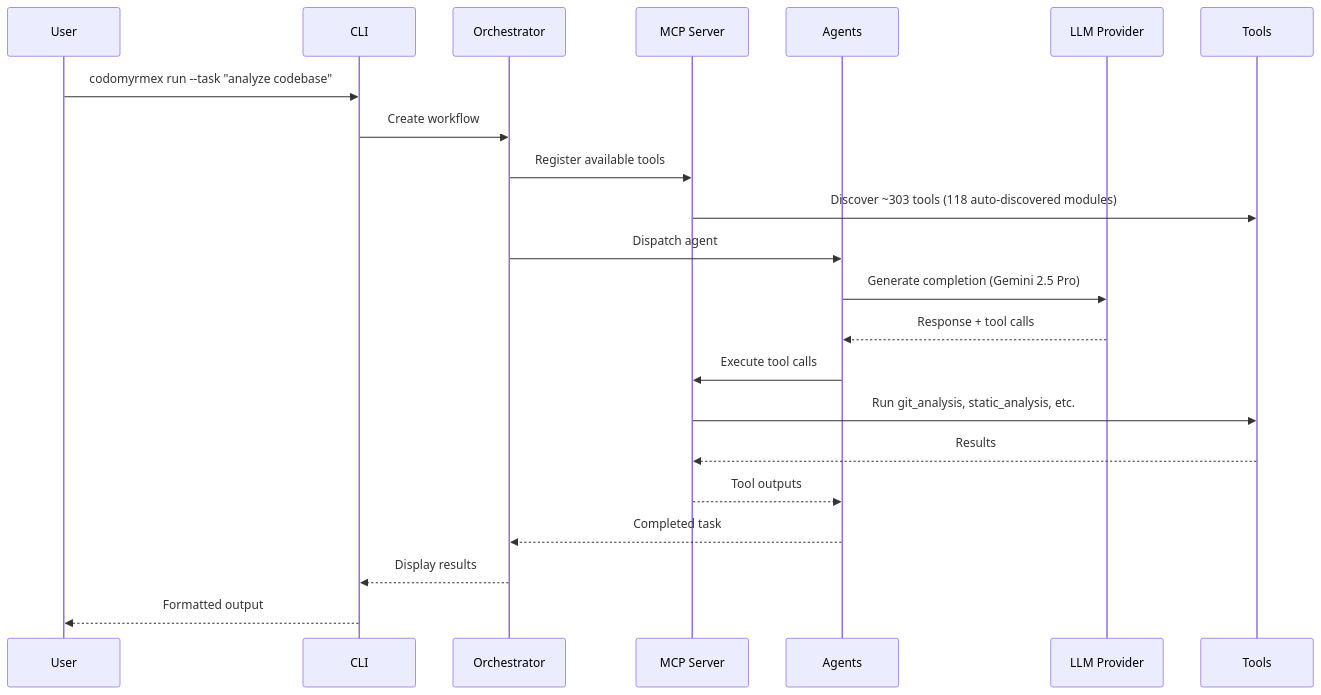
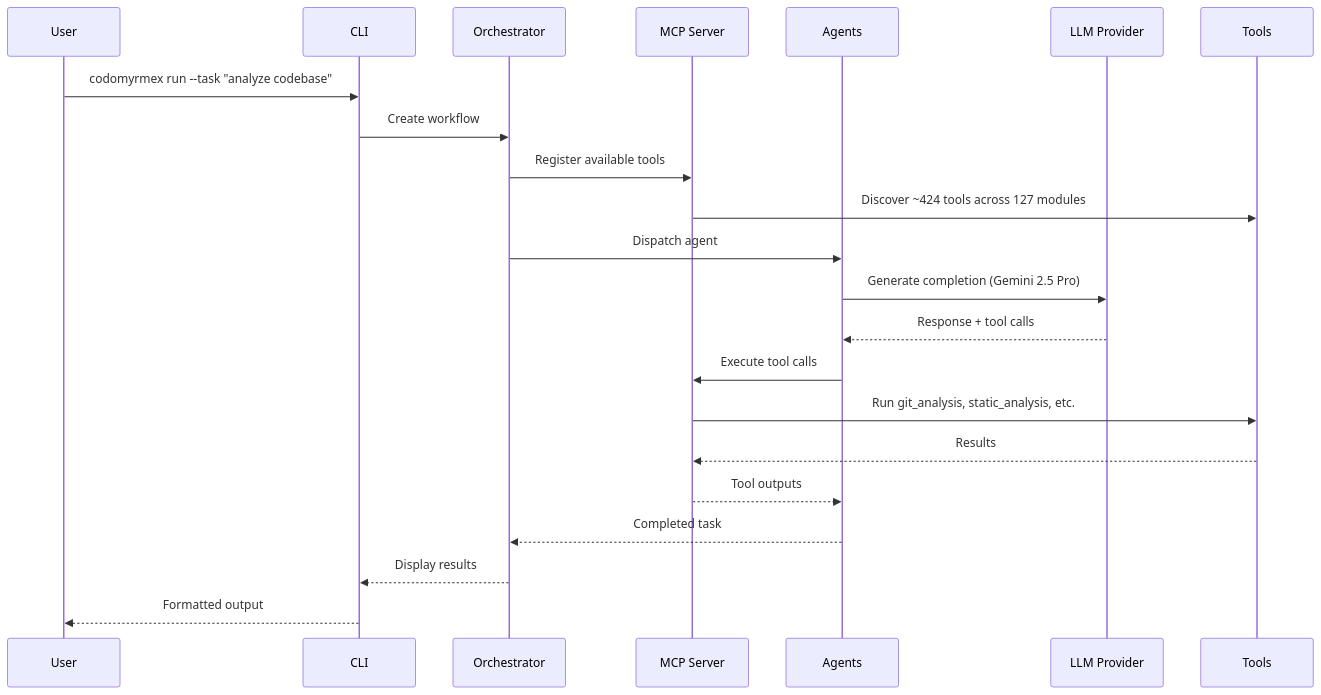
The third of 7 diagrams in .github/README.md (docxology/codomyrmex), drawn with Mermaid before and after one commit. The commit also changed other lines of this file, not shown here.

````diff
--- a/.github/README.md
+++ b/.github/README.md
@@ -361,25 +410,25 @@
 ```mermaid
 sequenceDiagram
     participant User
     participant CLI
     participant Orchestrator
     participant MCP as MCP Server
     participant Agents
     participant LLM as LLM Provider
     participant Tools
 
     User->>CLI: codomyrmex run --task "analyze codebase"
     CLI->>Orchestrator: Create workflow
     Orchestrator->>MCP: Register available tools
-    MCP->>Tools: Discover ~303 tools (118 auto-discovered modules)
+    MCP->>Tools: Discover ~424 tools across 127 modules
     Orchestrator->>Agents: Dispatch agent
     Agents->>LLM: Generate completion (Gemini 2.5 Pro)
     LLM-->>Agents: Response + tool calls
     Agents->>MCP: Execute tool calls
     MCP->>Tools: Run git_analysis, static_analysis, etc.
     Tools-->>MCP: Results
     MCP-->>Agents: Tool outputs
     Agents-->>Orchestrator: Completed task
     Orchestrator-->>CLI: Display results
     CLI-->>User: Formatted output
 ```
````
